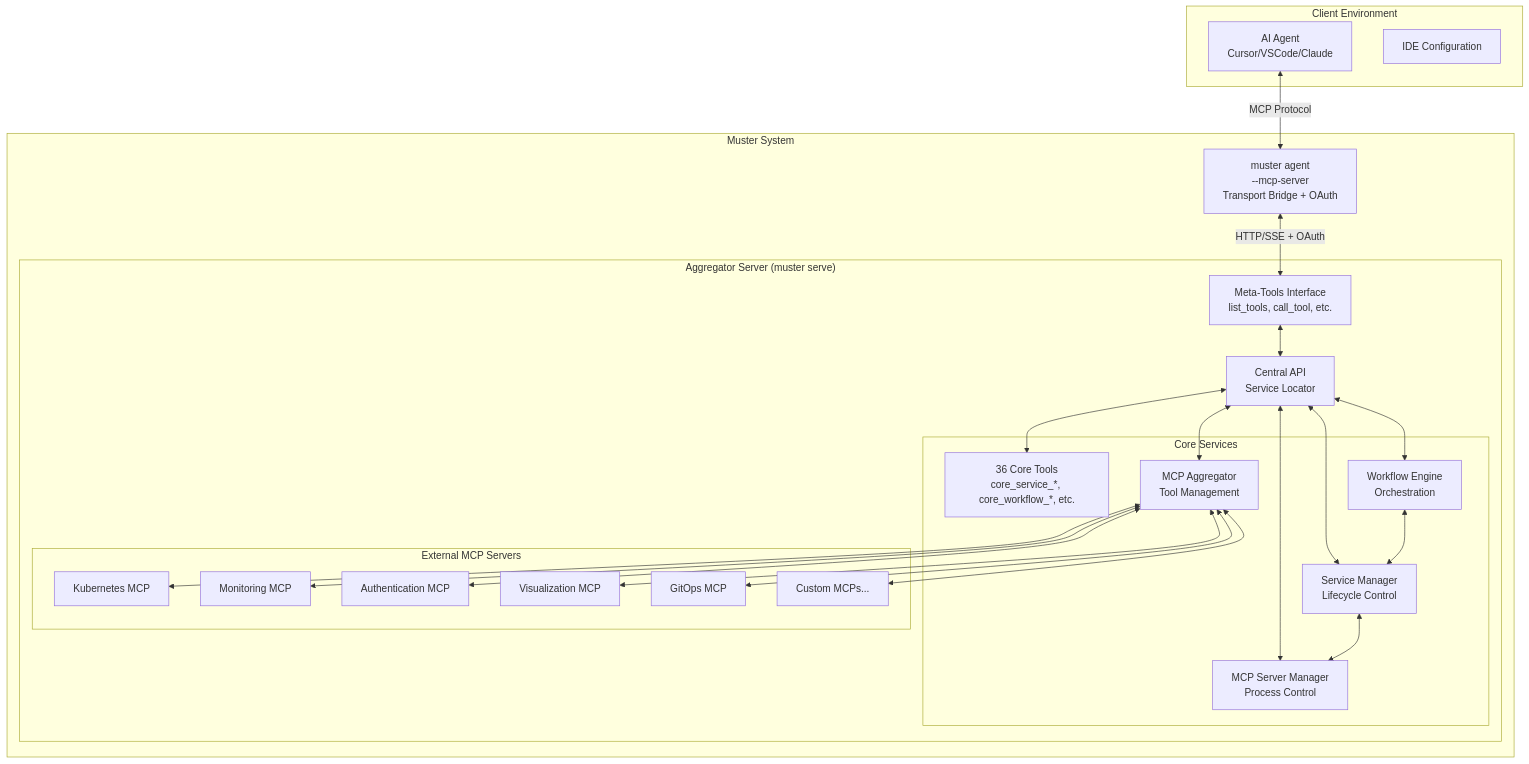
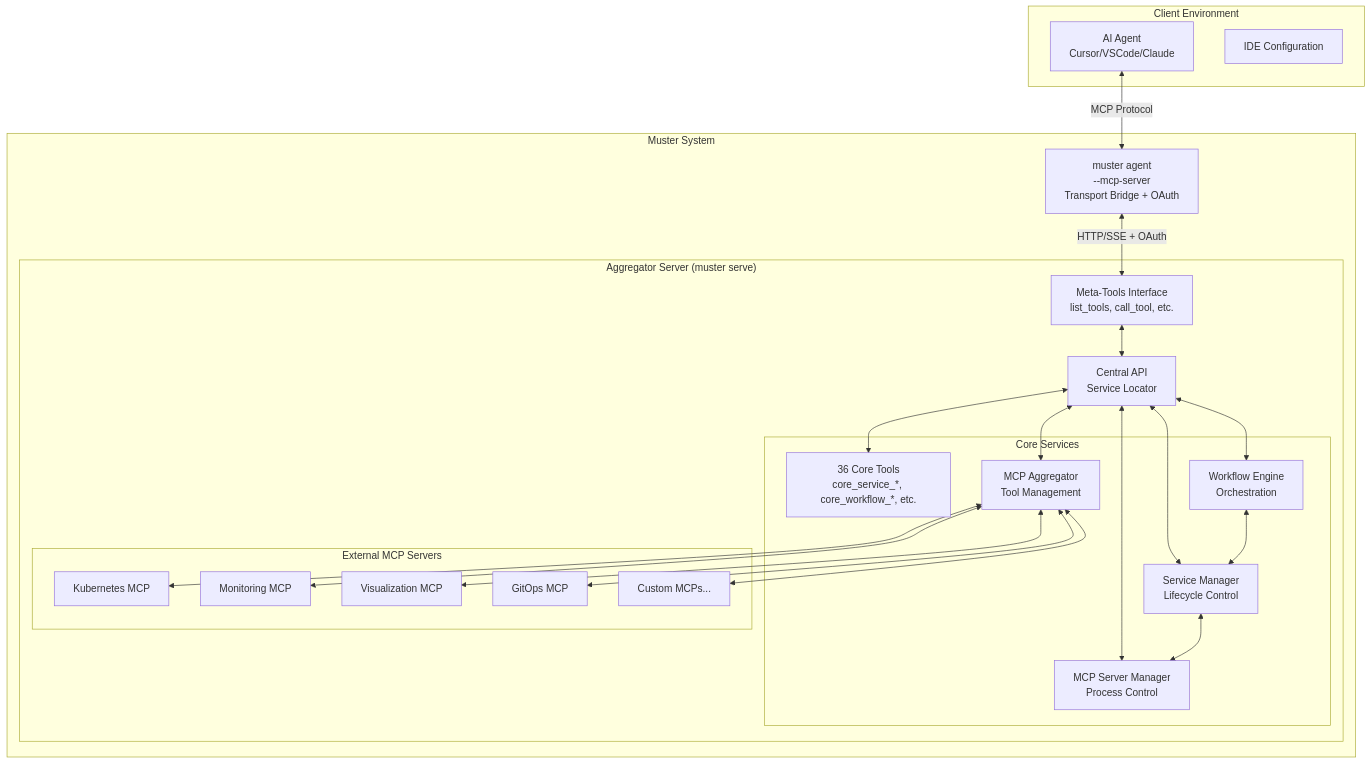
Before and after one commit to giantswarm/muster: the first of 5 diagrams in docs/explanation/architecture.md, drawn with Mermaid. The commit also changed other lines of this file and 56 other files, not shown here.

First line of the commit message:
Remove Teleport authentication support

````diff
--- a/docs/explanation/architecture.md
+++ b/docs/explanation/architecture.md
@@ -9,52 +9,50 @@
 ```mermaid
 graph TB
     subgraph "Client Environment"
         Agent[AI Agent<br/>Cursor/VSCode/Claude]
         IDE[IDE Configuration]
     end
 
     subgraph "Muster System"
         MusterAgent[muster agent<br/>--mcp-server<br/>Transport Bridge + OAuth]
 
         subgraph "Aggregator Server (muster serve)"
             MetaTools[Meta-Tools Interface<br/>list_tools, call_tool, etc.]
             API[Central API<br/>Service Locator]
 
             subgraph "Core Services"
                 CoreTools[36 Core Tools<br/>core_service_*, core_workflow_*, etc.]
                 Aggregator[MCP Aggregator<br/>Tool Management]
                 ServiceMgr[Service Manager<br/>Lifecycle Control]
                 Workflow[Workflow Engine<br/>Orchestration]
                 MCPServer[MCP Server Manager<br/>Process Control]
             end
 
             subgraph "External MCP Servers"
                 K8s[Kubernetes MCP]
                 Prometheus[Monitoring MCP]
-                Teleport[Authentication MCP]
                 Grafana[Visualization MCP]
                 Flux[GitOps MCP]
                 Custom[Custom MCPs...]
             end
         end
     end
 
     Agent <-->|MCP Protocol| MusterAgent
     MusterAgent <-->|HTTP/SSE + OAuth| MetaTools
     MetaTools <--> API
     API <--> CoreTools
     API <--> Aggregator
     API <--> ServiceMgr
     API <--> Workflow
     API <--> MCPServer
 
     Aggregator <--> K8s
     Aggregator <--> Prometheus
-    Aggregator <--> Teleport
     Aggregator <--> Grafana
     Aggregator <--> Flux
     Aggregator <--> Custom
 
     ServiceMgr <--> MCPServer
     Workflow <--> ServiceMgr
 ```
````
